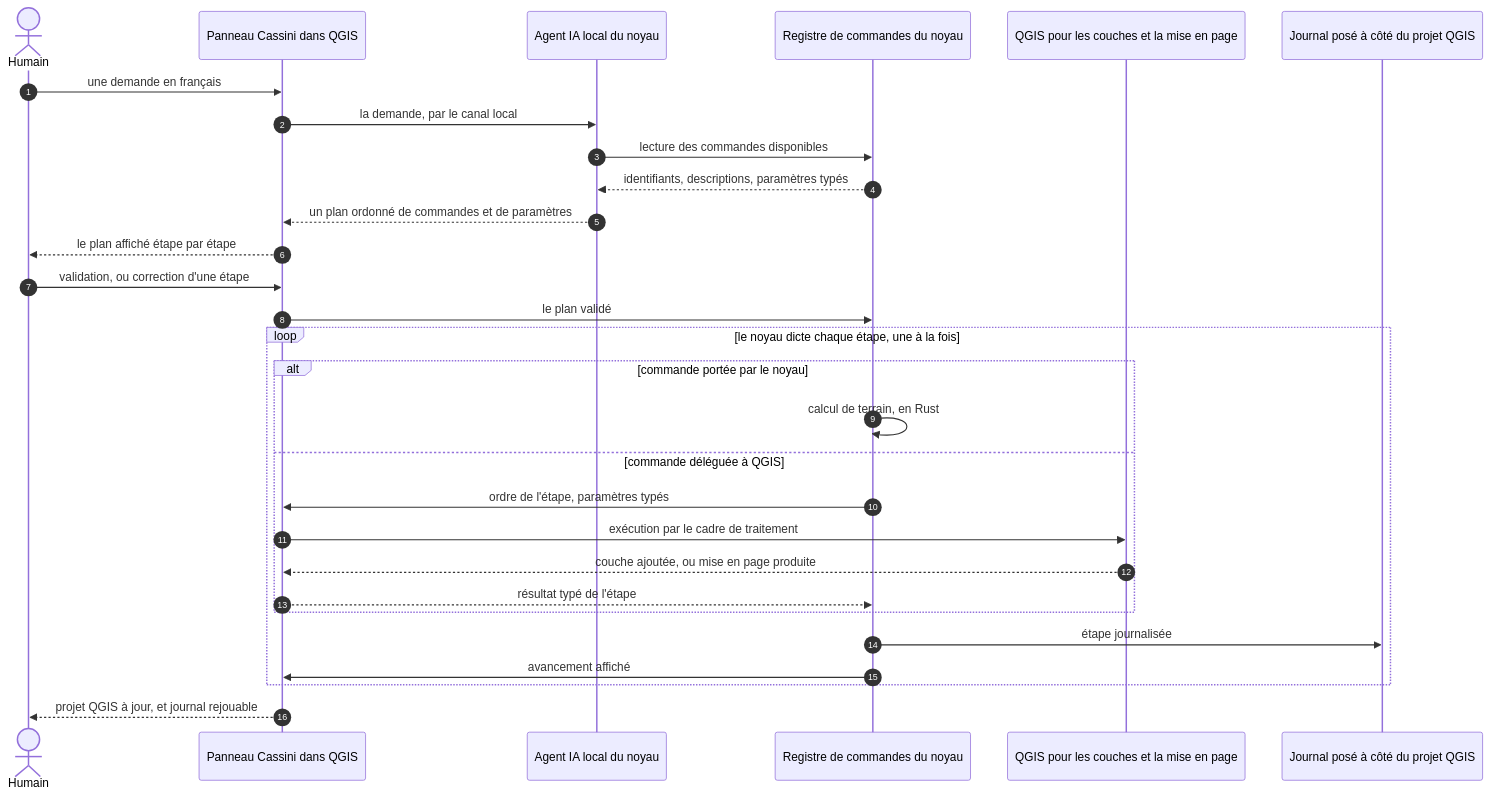
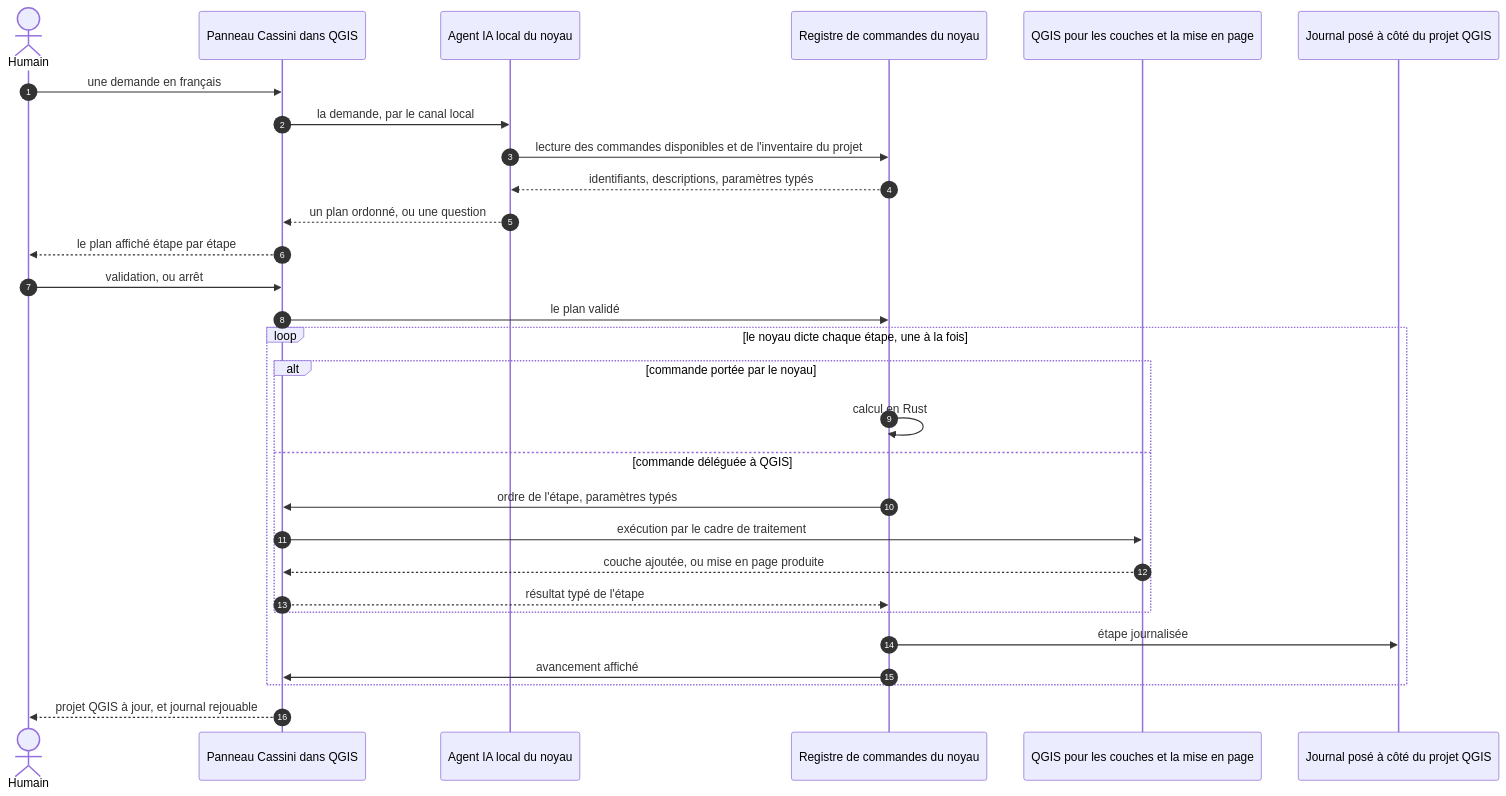
The second of 3 diagrams in README.md (Kevzi/cassini-gis), drawn with Mermaid before and after one commit. The commit also changed other lines of this file, not shown here.

Commit message:
docs(readme): README a l'etat reel du projet (etapes 1 a 4 faites, agent dans QGIS)

````diff
--- a/README.md
+++ b/README.md
@@ -212,32 +235,32 @@
 ```mermaid
 sequenceDiagram
     autonumber
     actor Humain
     participant Panneau as Panneau Cassini dans QGIS
     participant Agent as Agent IA local du noyau
     participant Registre as Registre de commandes du noyau
     participant QGIS as QGIS pour les couches et la mise en page
     participant Journal as Journal posé à côté du projet QGIS
 
     Humain->>Panneau: une demande en français
     Panneau->>Agent: la demande, par le canal local
-    Agent->>Registre: lecture des commandes disponibles
+    Agent->>Registre: lecture des commandes disponibles et de l'inventaire du projet
     Registre-->>Agent: identifiants, descriptions, paramètres typés
-    Agent-->>Panneau: un plan ordonné de commandes et de paramètres
+    Agent-->>Panneau: un plan ordonné, ou une question
     Panneau-->>Humain: le plan affiché étape par étape
-    Humain->>Panneau: validation, ou correction d'une étape
+    Humain->>Panneau: validation, ou arrêt
     Panneau->>Registre: le plan validé
     loop le noyau dicte chaque étape, une à la fois
         alt commande portée par le noyau
-            Registre->>Registre: calcul de terrain, en Rust
+            Registre->>Registre: calcul en Rust
         else commande déléguée à QGIS
             Registre->>Panneau: ordre de l'étape, paramètres typés
             Panneau->>QGIS: exécution par le cadre de traitement
             QGIS-->>Panneau: couche ajoutée, ou mise en page produite
             Panneau-->>Registre: résultat typé de l'étape
         end
         Registre->>Journal: étape journalisée
         Registre->>Panneau: avancement affiché
     end
     Panneau-->>Humain: projet QGIS à jour, et journal rejouable
 ```
````
